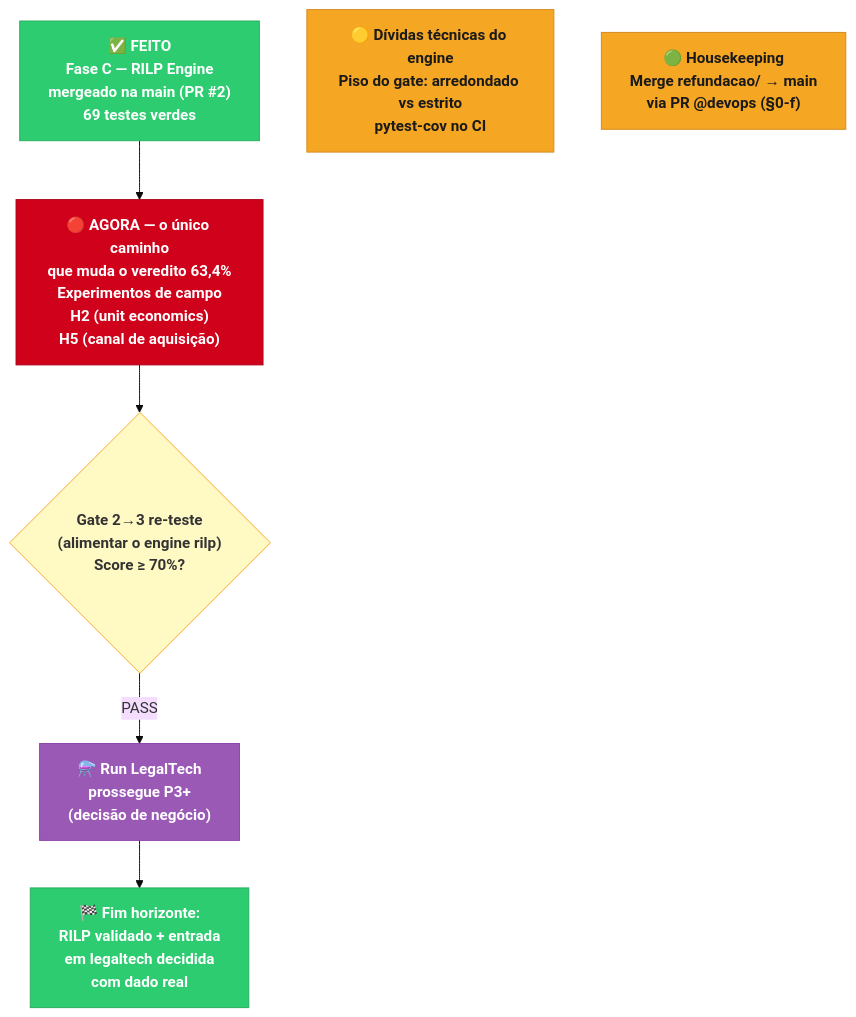
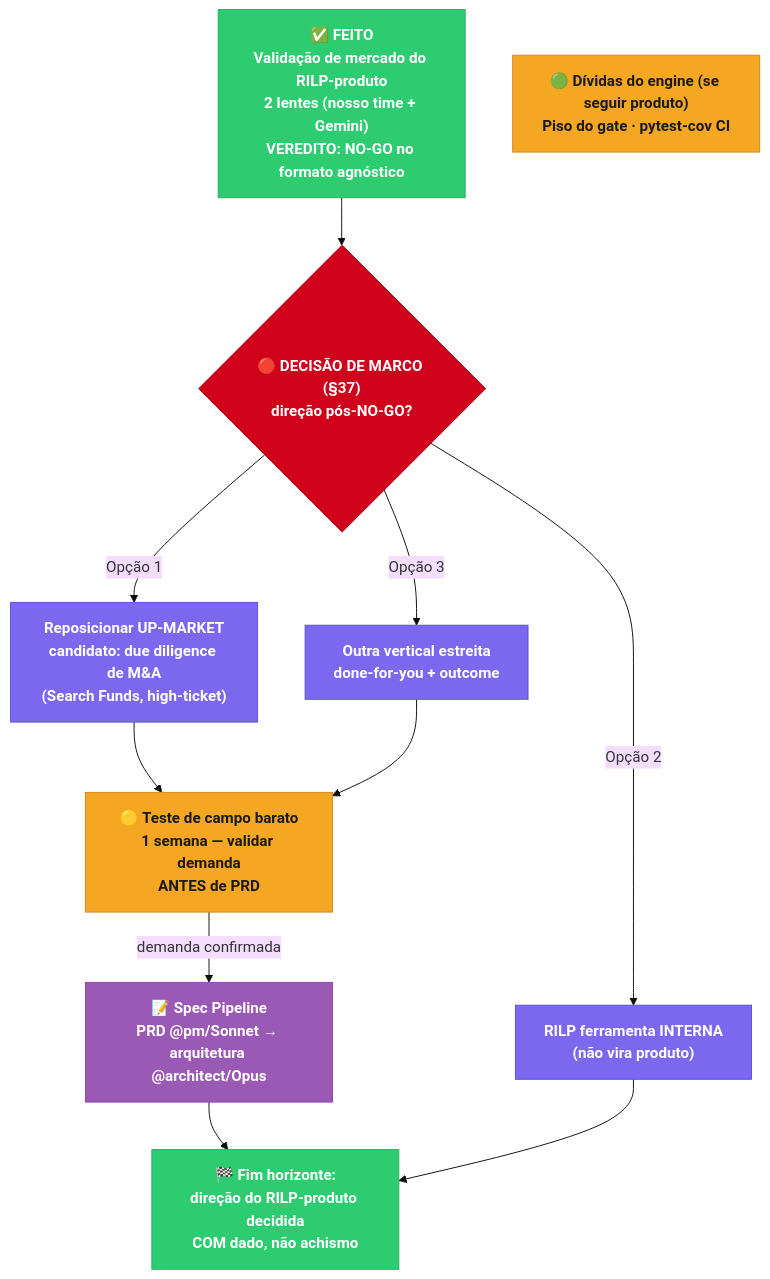
Before and after one commit to MarcoBolsa/legaltech-research: the tenth of 10 diagrams in docs/OPERATIONAL-BLUEPRINT.md, drawn with Mermaid (base theme). The commit also changed other lines of this file and 7 other files, not shown here.

First line of the commit message:
docs: encerramento sessão 2026-07-11 — validação RILP-produto (NO-GO formato agnóstico) + handoff

````diff
--- a/docs/OPERATIONAL-BLUEPRINT.md
+++ b/docs/OPERATIONAL-BLUEPRINT.md
@@ -387,21 +389,24 @@
 ```mermaid
 flowchart TD
-    A["✅ FEITO\nFase C — RILP Engine\nmergeado na main (PR #2)\n69 testes verdes"]:::startend
+    A["✅ FEITO\nValidação de mercado do RILP-produto\n2 lentes (nosso time + Gemini)\nVEREDITO: NO-GO no formato agnóstico"]:::startend
 
-    A --> E["🔴 AGORA — o único caminho\nque muda o veredito 63,4%\nExperimentos de campo\nH2 (unit economics)\nH5 (canal de aquisição)"]:::urgent
+    A --> D{"🔴 DECISÃO DE MARCO (§37)\ndireção pós-NO-GO?"}:::urgent
 
-    E --> F{"Gate 2→3 re-teste\n(alimentar o engine rilp)\nScore ≥ 70%?"}:::gate
-    F -->|PASS| G["⚗️ Run LegalTech\nprossegue P3+\n(decisão de negócio)"]:::p2
+    D -->|Opção 1| O1["Reposicionar UP-MARKET\ncandidato: due diligence de M&A\n(Search Funds, high-ticket)"]:::gate
+    D -->|Opção 2| O2["RILP ferramenta INTERNA\n(não vira produto)"]:::gate
+    D -->|Opção 3| O3["Outra vertical estreita\ndone-for-you + outcome"]:::gate
 
-    B["🟡 Dívidas técnicas do engine\nPiso do gate: arredondado vs estrito\npytest-cov no CI"]:::next
-    I["🟢 Housekeeping\nMerge refundacao/ → main\nvia PR @devops (§0-f)"]:::next
+    O1 --> V["🟡 Teste de campo barato\n1 semana — validar demanda\nANTES de PRD"]:::next
+    O3 --> V
+    V -->|demanda confirmada| P["📝 Spec Pipeline\nPRD @pm/Sonnet → arquitetura @architect/Opus"]:::p2
+    P --> H["🏁 Fim horizonte:\ndireção do RILP-produto decidida\nCOM dado, não achismo"]:::startend
+    O2 --> H
 
-    G --> H["🏁 Fim horizonte:\nRILP validado + entrada\nem legaltech decidida\ncom dado real"]:::startend
+    B["🟢 Dívidas do engine (se seguir produto)\nPiso do gate · pytest-cov CI"]:::next
 
     classDef urgent fill:#D0021B,stroke:#A80017,color:#fff,font-weight:bold
     classDef next fill:#F5A623,stroke:#D4891E,color:#1A1A1A,font-weight:bold
-    classDef gate fill:#FFF9C4,stroke:#F9A825,color:#333,font-weight:bold
-    classDef p1 fill:#4A90D9,stroke:#2E6DA4,color:#fff,font-weight:bold
+    classDef gate fill:#7B68EE,stroke:#5A52D5,color:#fff,font-weight:bold
     classDef p2 fill:#9B59B6,stroke:#8E44AD,color:#fff,font-weight:bold
     classDef startend fill:#2ECC71,stroke:#27AE60,color:#fff,font-weight:bold
 ```
````
